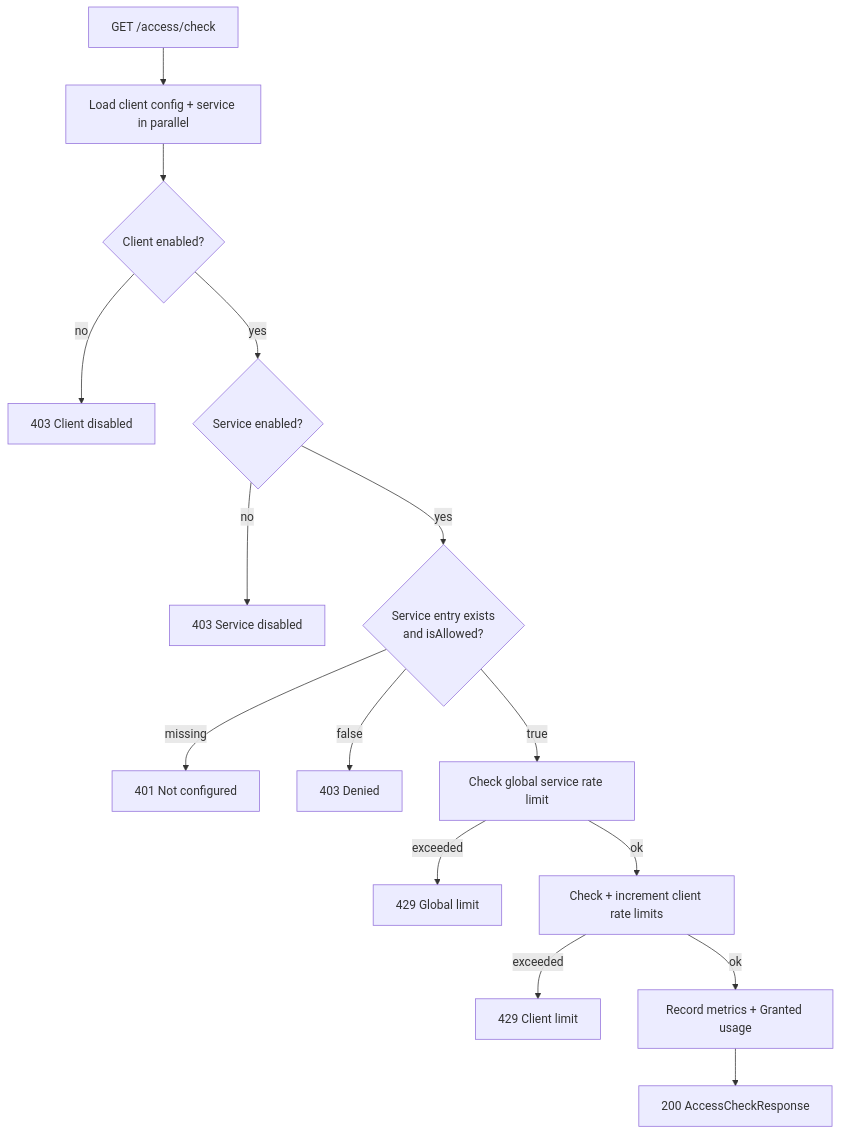
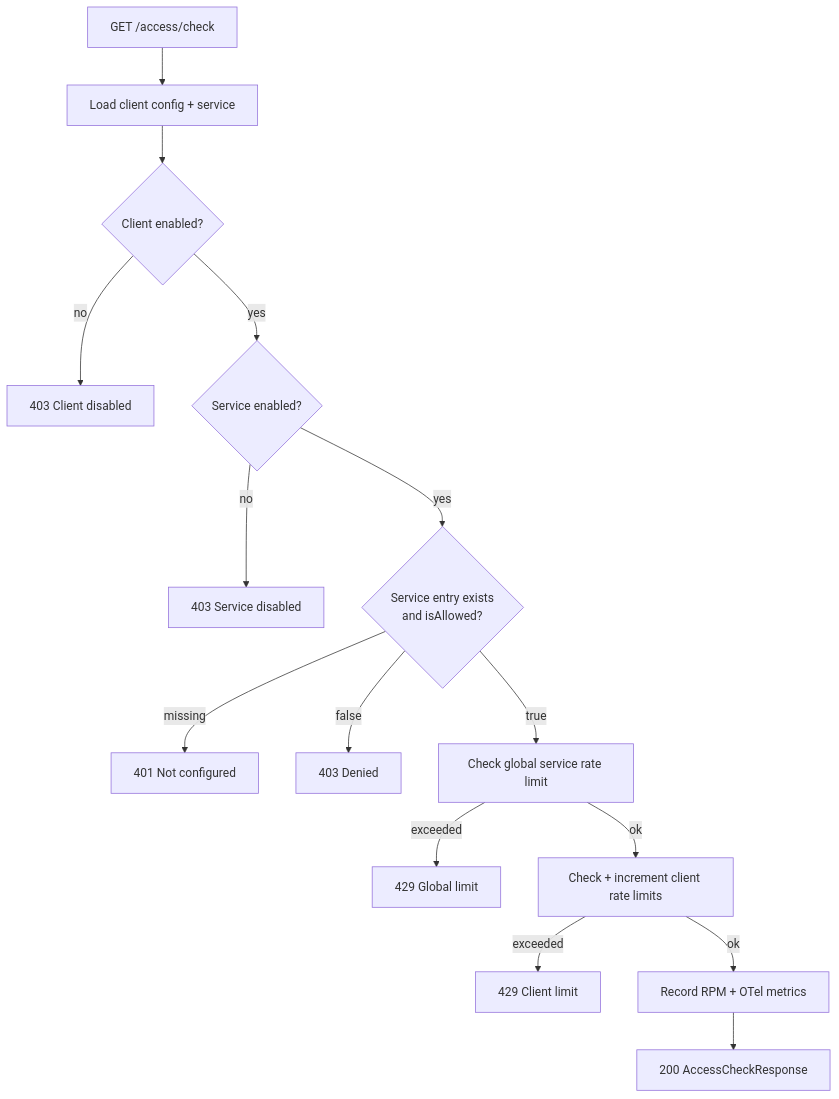
Before and after one commit to ShaharMS/ClientManager: the first of 2 diagrams in docs/core/request-flow.md, drawn with Mermaid. The commit also changed other lines of this file and 74 other files, not shown here.

First line of the commit message:
Add regression tests and update ops docs for lean architecture.

````diff
--- a/docs/core/request-flow.md
+++ b/docs/core/request-flow.md
@@ -40,17 +40,17 @@
 ```mermaid
 flowchart TD
-    start[GET /access/check] --> load[Load client config + service in parallel]
+    start[GET /access/check] --> load[Load client config + service]
     load --> cEnabled{Client enabled?}
     cEnabled -->|no| e403a[403 Client disabled]
     cEnabled -->|yes| sEnabled{Service enabled?}
     sEnabled -->|no| e403b[403 Service disabled]
     sEnabled -->|yes| allowed{Service entry exists<br/>and isAllowed?}
     allowed -->|missing| e401[401 Not configured]
     allowed -->|false| e403c[403 Denied]
     allowed -->|true| gLimit[Check global service rate limit]
     gLimit -->|exceeded| e429a[429 Global limit]
     gLimit -->|ok| cLimit[Check + increment client rate limits]
     cLimit -->|exceeded| e429b[429 Client limit]
-    cLimit -->|ok| record[Record metrics + Granted usage]
-    record --> ok[200 AccessCheckResponse]
+    cLimit -->|ok| rpm[Record RPM + OTel metrics]
+    rpm --> ok[200 AccessCheckResponse]
 ```
````
